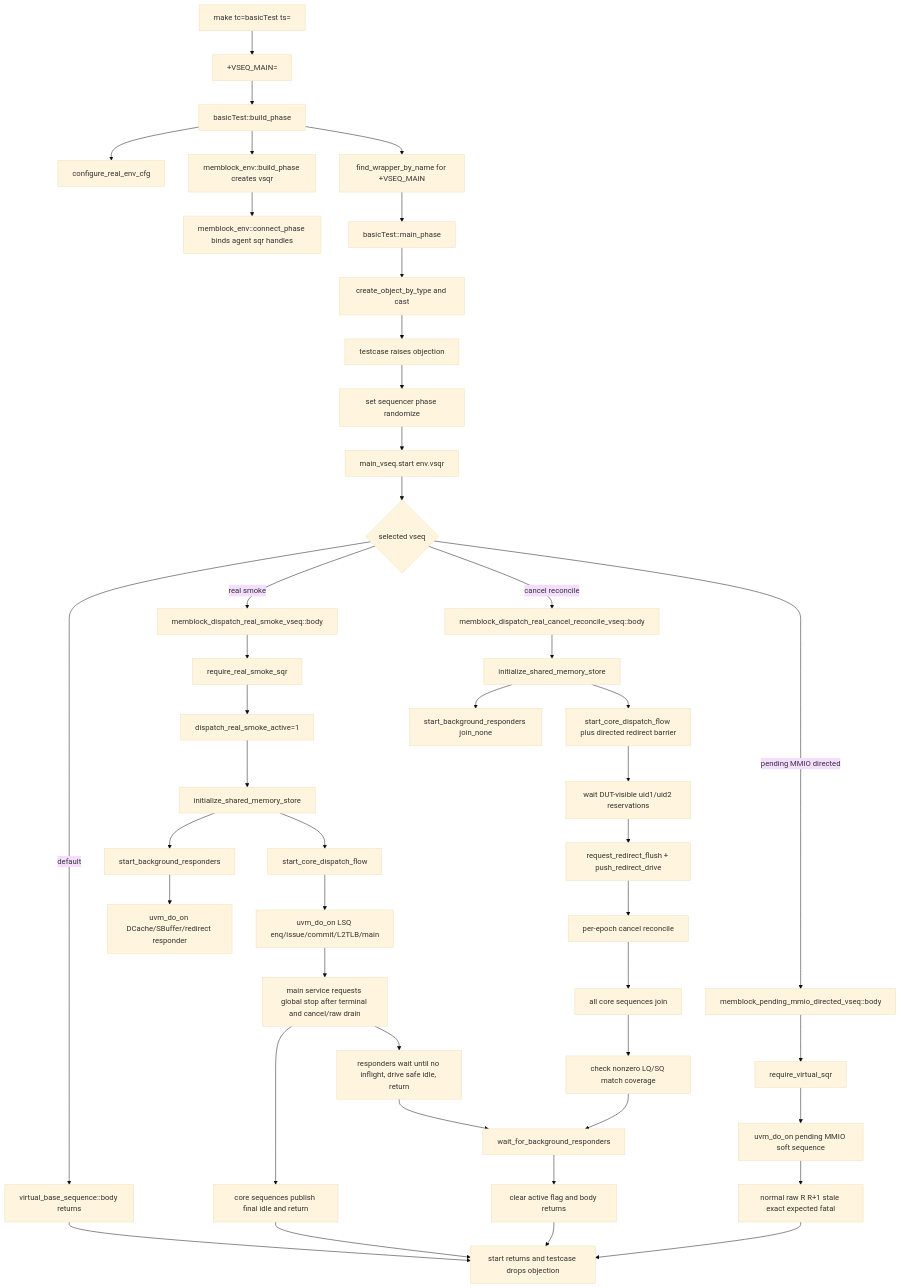
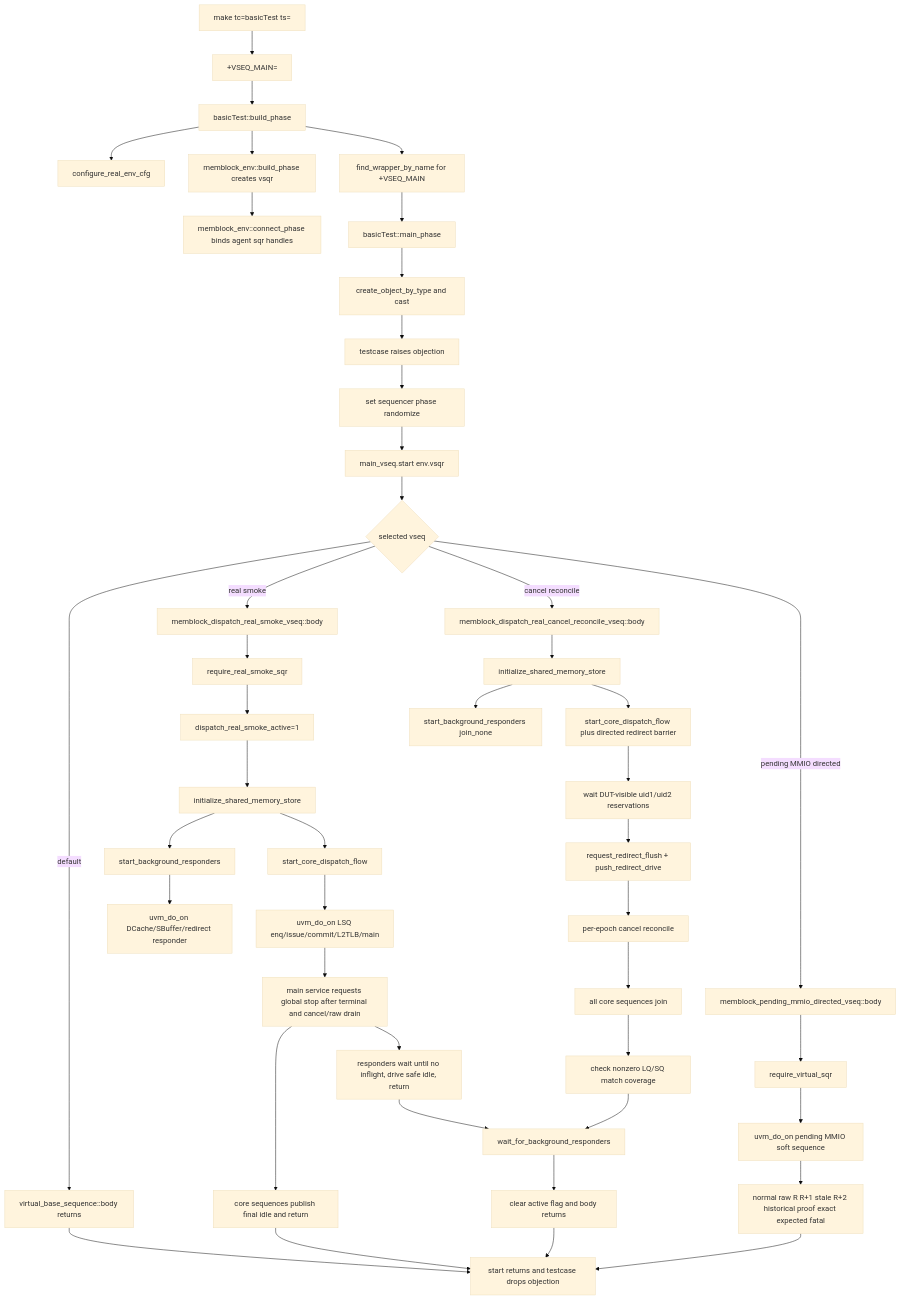
Before and after one commit to OpenXiangShan/XiangShan: the diagram in AI_DOC/mem_ut_flow_doc/virtual_sequence_unified_dispatch_flow.md, drawn with Mermaid (base theme). The commit also changed other lines of this file and 56 other files, not shown here.

````diff
--- a/AI_DOC/mem_ut_flow_doc/virtual_sequence_unified_dispatch_flow.md
+++ b/AI_DOC/mem_ut_flow_doc/virtual_sequence_unified_dispatch_flow.md
@@ -41,50 +41,50 @@
 ```mermaid
 flowchart TD
     A[make tc=basicTest ts=<vseq>] --> B[+VSEQ_MAIN=<vseq>]
     B --> C[basicTest::build_phase]
     C --> D[configure_real_env_cfg]
     C --> E[memblock_env::build_phase creates vsqr]
     E --> F[memblock_env::connect_phase binds agent sqr handles]
     C --> G[find_wrapper_by_name for +VSEQ_MAIN]
     G --> H[basicTest::main_phase]
     H --> I[create_object_by_type and cast]
     I --> J[testcase raises objection]
     J --> K[set sequencer phase randomize]
     K --> L[main_vseq.start env.vsqr]
     L --> M{selected vseq}
     M -->|default| VB[virtual_base_sequence::body returns]
     M -->|real smoke| RS[memblock_dispatch_real_smoke_vseq::body]
     M -->|cancel reconcile| CR[memblock_dispatch_real_cancel_reconcile_vseq::body]
     M -->|pending MMIO directed| PM[memblock_pending_mmio_directed_vseq::body]
     PM --> PM1[require_virtual_sqr]
     PM1 --> PM2[uvm_do_on pending MMIO soft sequence]
-    PM2 --> PM3[normal raw R R+1 stale exact expected fatal]
+    PM2 --> PM3[normal raw R R+1 stale R+2 historical proof exact expected fatal]
 
     RS --> RS1[require_real_smoke_sqr]
     RS1 --> RS2[dispatch_real_smoke_active=1]
     RS2 --> RS2A[initialize_shared_memory_store]
     RS2A --> RS3[start_background_responders]
     RS2A --> RS4[start_core_dispatch_flow]
     RS3 --> RS5[uvm_do_on DCache/SBuffer/redirect responder]
     RS4 --> RS6[uvm_do_on LSQ enq/issue/commit/L2TLB/main]
     RS6 --> RS7[main service requests global stop after terminal and cancel/raw drain]
     RS7 --> RS8[core sequences publish final idle and return]
     RS7 --> RS9[responders wait until no inflight, drive safe idle, return]
 
     CR --> CR0[initialize_shared_memory_store]
     CR0 --> CR1[start_background_responders join_none]
     CR0 --> CR2[start_core_dispatch_flow plus directed redirect barrier]
     CR2 --> CR3[wait DUT-visible uid1/uid2 reservations]
     CR3 --> CR4[request_redirect_flush + push_redirect_drive]
     CR4 --> CR5[per-epoch cancel reconcile]
     CR5 --> CR6[all core sequences join]
     CR6 --> CR7[check nonzero LQ/SQ match coverage]
     CR7 --> CR8[wait_for_background_responders]
     RS9 --> CR8
     CR8 --> CR9[clear active flag and body returns]
 
     VB --> DONE[start returns and testcase drops objection]
     RS8 --> DONE
     CR9 --> DONE
     PM3 --> DONE
 ```
````
